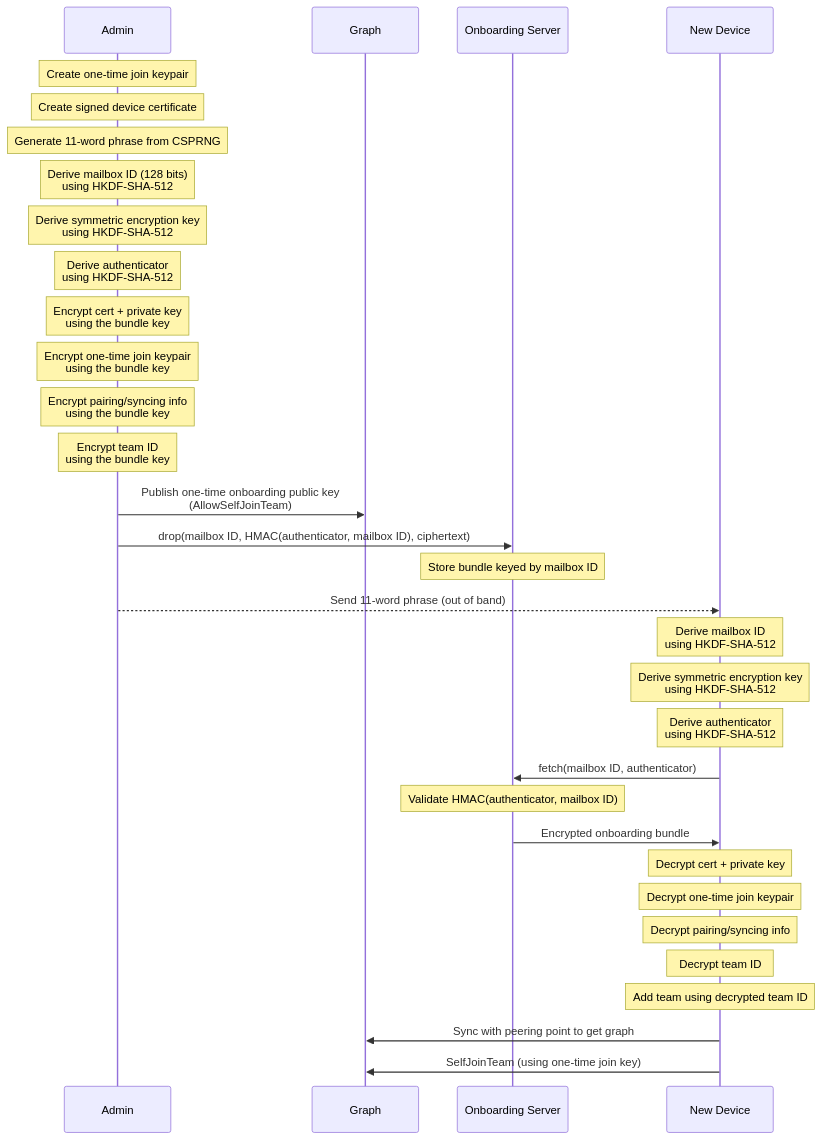
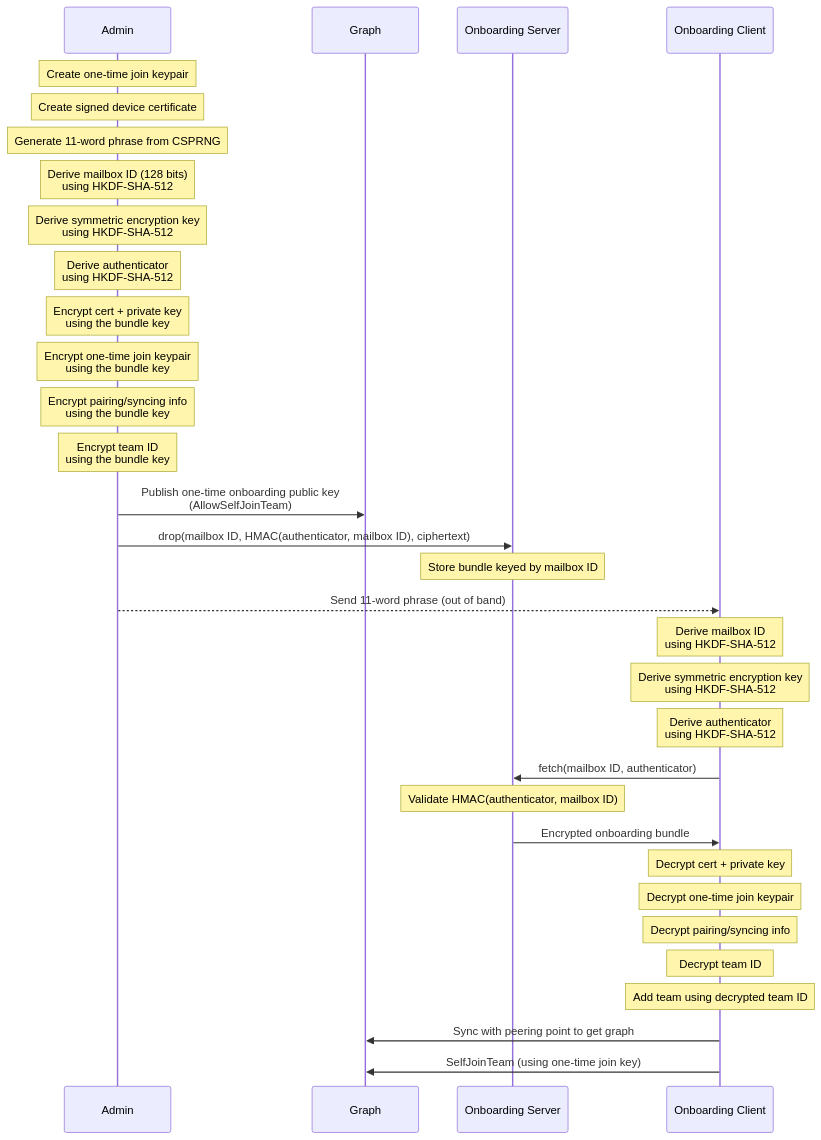
The diagram in docs/async-onboarding.md (aranya-project/aranya-docs), drawn with Mermaid before and after one commit.

Commit message:
update diagram

````diff
--- a/docs/async-onboarding.md
+++ b/docs/async-onboarding.md
@@ -41,41 +41,41 @@
 ```mermaid
 sequenceDiagram
     participant Admin
     participant Graph
     participant Server as Onboarding Server
-    participant New as New Device
+    participant Client as Onboarding Client
 
     Note over Admin: Create one-time join keypair
     Note over Admin: Create signed device certificate
     Note over Admin: Generate 11-word phrase from CSPRNG
     Note over Admin: Derive mailbox ID (128 bits)<br/>using HKDF-SHA-512
     Note over Admin: Derive symmetric encryption key<br/>using HKDF-SHA-512
     Note over Admin: Derive authenticator<br/>using HKDF-SHA-512
     Note over Admin: Encrypt cert + private key<br/>using the bundle key
     Note over Admin: Encrypt one-time join keypair<br/>using the bundle key
     Note over Admin: Encrypt pairing/syncing info<br/>using the bundle key
     Note over Admin: Encrypt team ID<br/>using the bundle key
 
     Admin->>Graph: Publish one-time onboarding public key<br/>(AllowSelfJoinTeam)
     Admin->>Server: drop(mailbox ID, HMAC(authenticator, mailbox ID), ciphertext)
     Note over Server: Store bundle keyed by mailbox ID
 
-    Admin-->>New: Send 11-word phrase (out of band)
+    Admin-->>Client: Send 11-word phrase (out of band)
 
-    Note over New: Derive mailbox ID<br/>using HKDF-SHA-512
-    Note over New: Derive symmetric encryption key<br/>using HKDF-SHA-512
-    Note over New: Derive authenticator<br/>using HKDF-SHA-512
+    Note over Client: Derive mailbox ID<br/>using HKDF-SHA-512
+    Note over Client: Derive symmetric encryption key<br/>using HKDF-SHA-512
+    Note over Client: Derive authenticator<br/>using HKDF-SHA-512
 
-    New->>Server: fetch(mailbox ID, authenticator)
+    Client->>Server: fetch(mailbox ID, authenticator)
     Note over Server: Validate HMAC(authenticator, mailbox ID)
-    Server->>New: Encrypted onboarding bundle
+    Server->>Client: Encrypted onboarding bundle
 
-    Note over New: Decrypt cert + private key
-    Note over New: Decrypt one-time join keypair
-    Note over New: Decrypt pairing/syncing info
-    Note over New: Decrypt team ID
+    Note over Client: Decrypt cert + private key
+    Note over Client: Decrypt one-time join keypair
+    Note over Client: Decrypt pairing/syncing info
+    Note over Client: Decrypt team ID
 
-    Note over New: Add team using decrypted team ID
-    New->>Graph: Sync with peering point to get graph
-    New->>Graph: SelfJoinTeam (using one-time join key)
+    Note over Client: Add team using decrypted team ID
+    Client->>Graph: Sync with peering point to get graph
+    Client->>Graph: SelfJoinTeam (using one-time join key)
 ```
````
